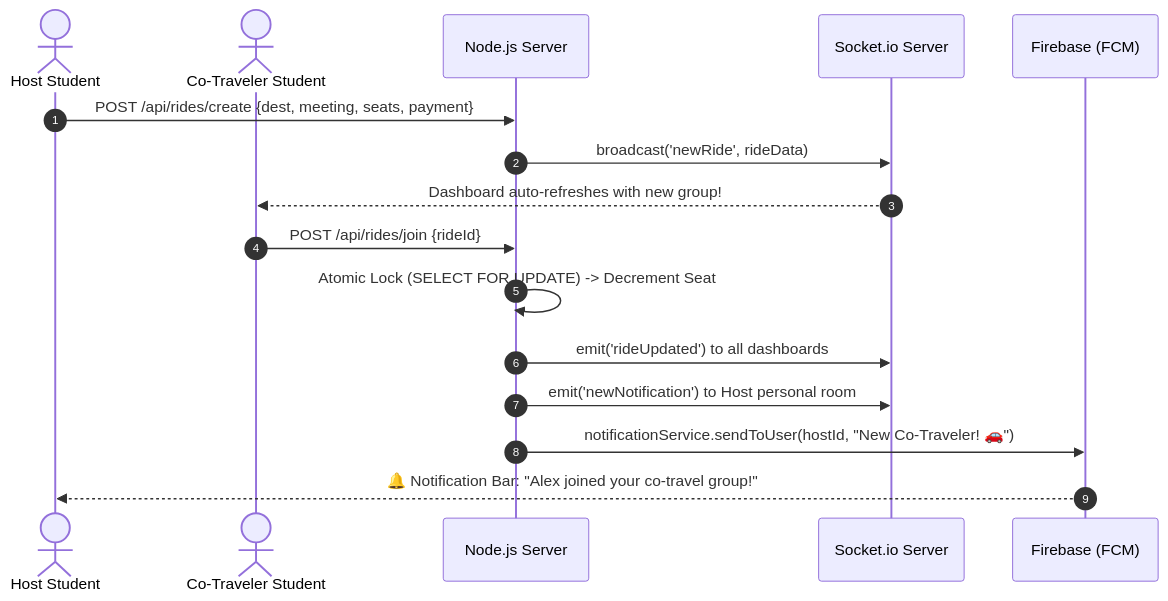
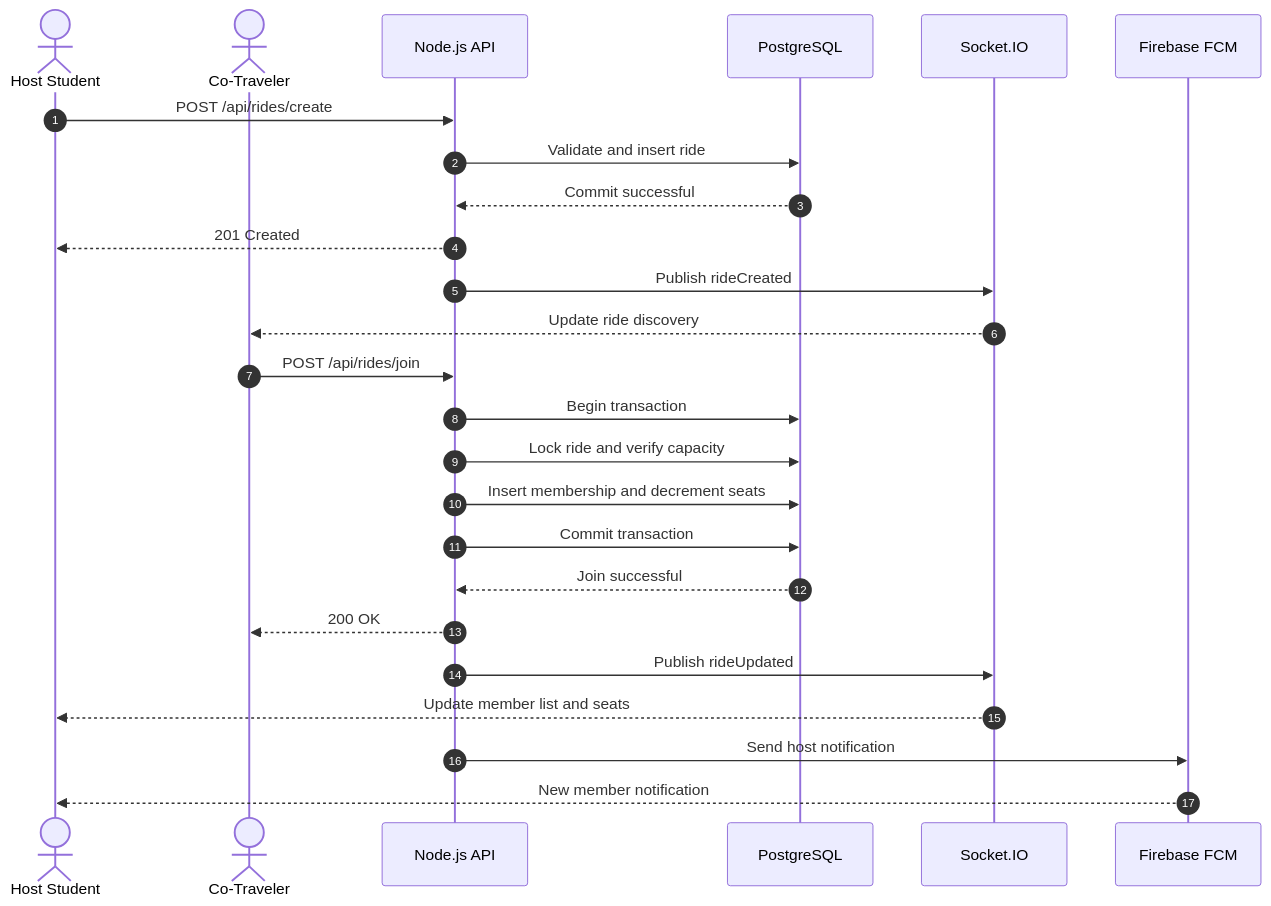
Before and after one commit to Thilak-K2121/AutoMate: the fourth of 6 diagrams in SYSTEM_DESIGN_AND_ARCHITECTURE_GUIDE.md, drawn with Mermaid. The commit also changed other lines of this file, not shown here.

First line of the commit message:
Refine formatting and content in architecture guide

````diff
--- a/SYSTEM_DESIGN_AND_ARCHITECTURE_GUIDE.md
+++ b/SYSTEM_DESIGN_AND_ARCHITECTURE_GUIDE.md
@@ -413,20 +651,32 @@
 ```mermaid
 sequenceDiagram
     autonumber
     actor Host as Host Student
-    actor CoTraveler as Co-Traveler Student
-    participant Backend as Node.js Server
-    participant Sockets as Socket.io Server
-    participant FCM as Firebase (FCM)
+    actor Member as Co-Traveler
+    participant API as Node.js API
+    participant DB as PostgreSQL
+    participant WS as Socket.IO
+    participant FCM as Firebase FCM
 
-    Host->>Backend: POST /api/rides/create {dest, meeting, seats, payment}
-    Backend->>Sockets: broadcast('newRide', rideData)
-    Sockets-->>CoTraveler: Dashboard auto-refreshes with new group!
+    Host->>API: POST /api/rides/create
+    API->>DB: Validate and insert ride
+    DB-->>API: Commit successful
+    API-->>Host: 201 Created
 
-    CoTraveler->>Backend: POST /api/rides/join {rideId}
-    Backend->>Backend: Atomic Lock (SELECT FOR UPDATE) -> Decrement Seat
-    Backend->>Sockets: emit('rideUpdated') to all dashboards
-    Backend->>Sockets: emit('newNotification') to Host personal room
-    Backend->>FCM: notificationService.sendToUser(hostId, "New Co-Traveler! 🚗")
-    FCM-->>Host: 🔔 Notification Bar: "Alex joined your co-travel group!"
+    API->>WS: Publish rideCreated
+    WS-->>Member: Update ride discovery
+
+    Member->>API: POST /api/rides/join
+    API->>DB: Begin transaction
+    API->>DB: Lock ride and verify capacity
+    API->>DB: Insert membership and decrement seats
+    API->>DB: Commit transaction
+    DB-->>API: Join successful
+    API-->>Member: 200 OK
+
+    API->>WS: Publish rideUpdated
+    WS-->>Host: Update member list and seats
+
+    API->>FCM: Send host notification
+    FCM-->>Host: New member notification
 ```
````
